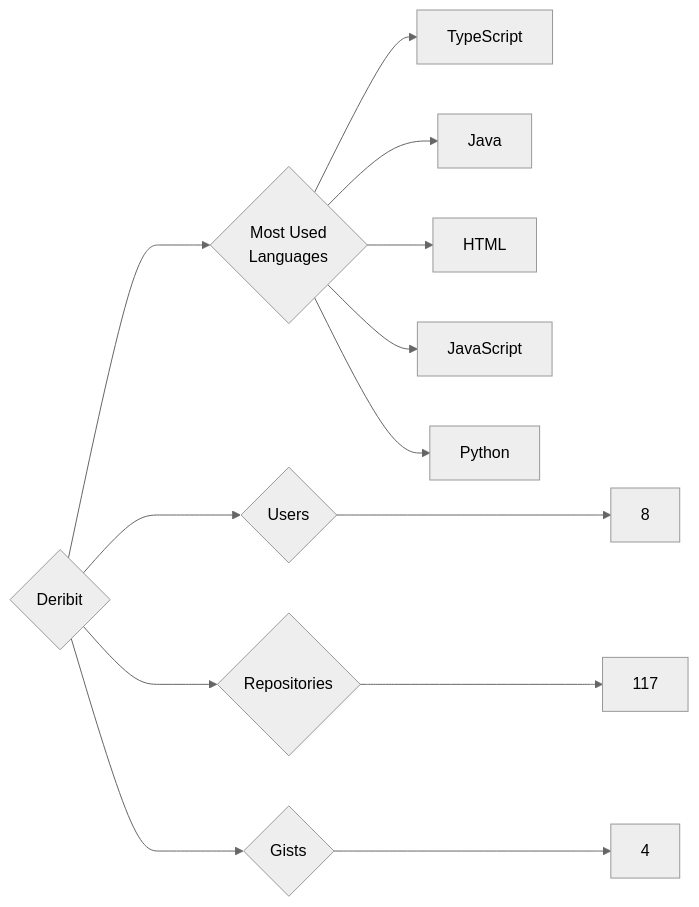
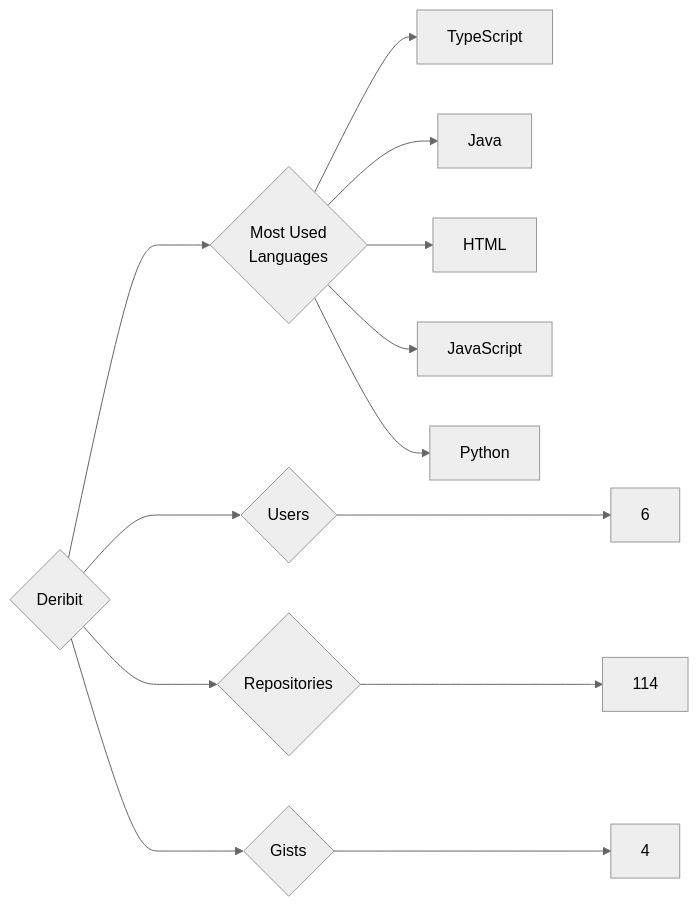
The diagram in targets/Deribit/README.md (trickest/insiders), drawn with Mermaid (neutral theme) before and after one commit. The commit also changed 1120 other files, not shown here.

````diff
--- a/targets/Deribit/README.md
+++ b/targets/Deribit/README.md
@@ -3,13 +3,13 @@
 ```mermaid
 graph LR
 COMPANY_NAME{Deribit}
-COMPANY_NAME ---> U{Users} ---> UN[8]
-COMPANY_NAME ---> R{Repositories} ---> RN[117]
+COMPANY_NAME ---> U{Users} ---> UN[6]
+COMPANY_NAME ---> R{Repositories} ---> RN[114]
 COMPANY_NAME ---> G{Gists} ---> GN[4]
 COMPANY_NAME ---> ML{Most Used<br>Languages}
 ML --> TypeScript[TypeScript]
 ML --> Java[Java]
 ML --> HTML[HTML]
 ML --> JavaScript[JavaScript]
 ML --> Python[Python]
 ```
````
